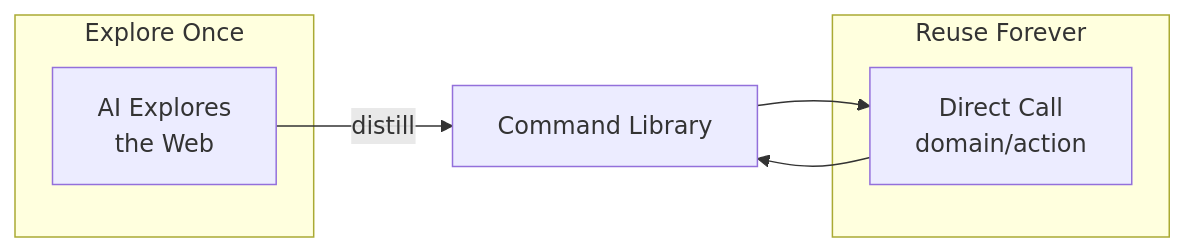
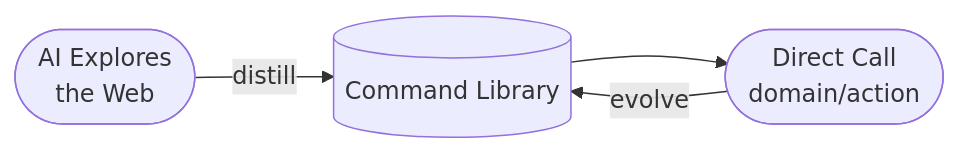
Before and after one commit to bqw1013/WebSculpt: the diagram in README_en.md, drawn with Mermaid. The commit also changed 1 other file, not shown here.

Commit message:
docs: simplify mermaid flowchart in README

````diff
--- a/README_en.md
+++ b/README_en.md
@@ -17,12 +17,6 @@
 ```mermaid
 flowchart LR
-    subgraph Explore["Explore Once"]
-        A[AI Explores<br/>the Web]
-    end
-    subgraph Reuse["Reuse Forever"]
-        B[Direct Call<br/>domain/action]
-    end
-    A -->|"distill"| C[Command Library]
-    C --> B
-    B --> C
+    A([AI Explores<br/>the Web]) -->|distill| B[(Command Library)]
+    B --> C([Direct Call<br/>domain/action])
+    C -->|evolve| B
 ```
````
